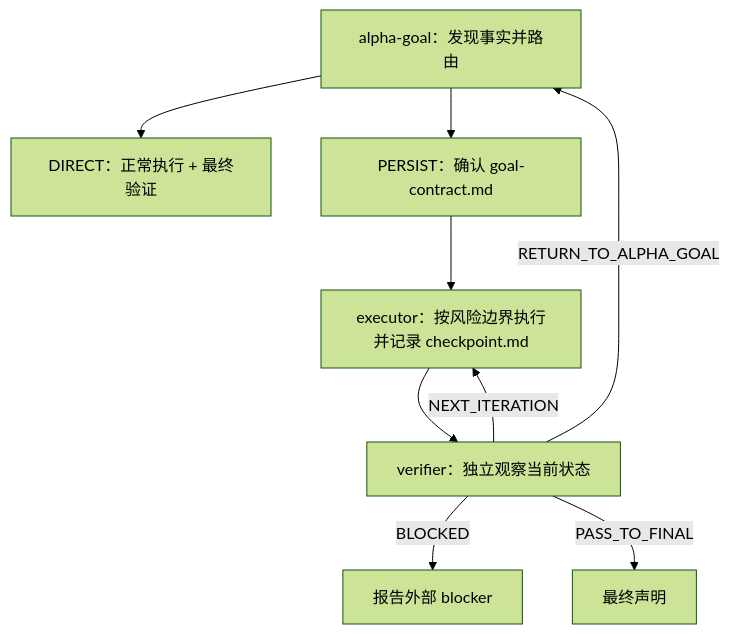
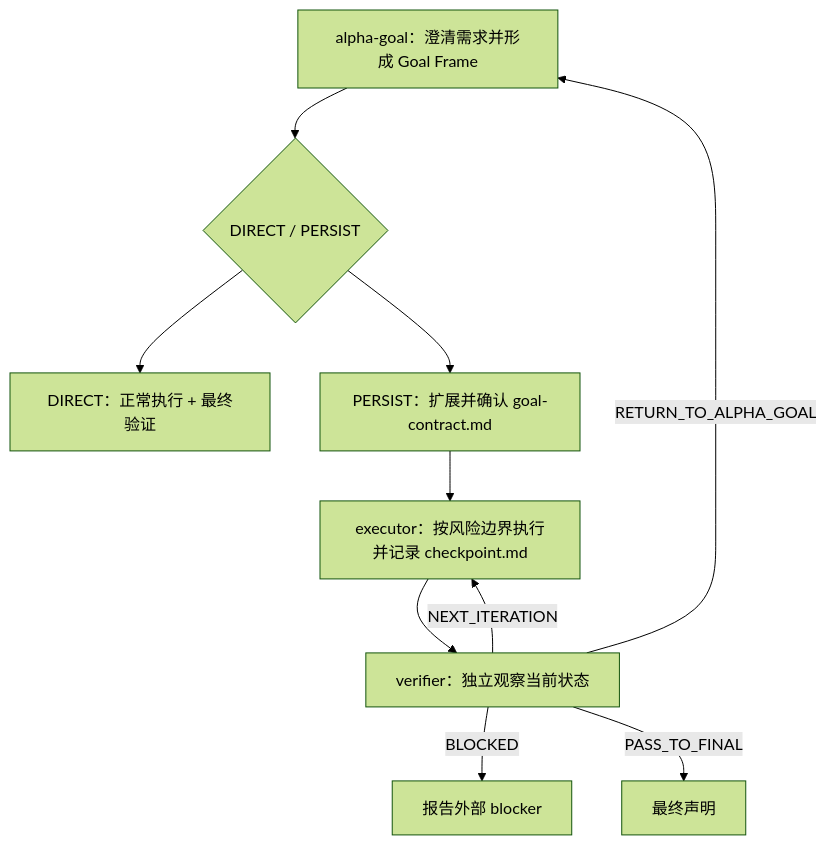
One commit to azhonglee/alpha-goal changed the diagram in README.md. Above: the diagram before and after it, drawn with Mermaid (forest theme). The commit also changed other lines of this file and 7 other files, not shown here.

Commit message:
Restore goal framing as alpha-goal core

````diff
--- a/README.md
+++ b/README.md
@@ -9,11 +9,12 @@
 ```mermaid
 flowchart TD
-  A["alpha-goal：发现事实并路由"] --> D["DIRECT：正常执行 + 最终验证"]
-  A --> P["PERSIST：确认 goal-contract.md"]
+  A["alpha-goal：澄清需求并形成 Goal Frame"] --> R{"DIRECT / PERSIST"}
+  R --> D["DIRECT：正常执行 + 最终验证"]
+  R --> P["PERSIST：扩展并确认 goal-contract.md"]
   P --> E["executor：按风险边界执行并记录 checkpoint.md"]
   E --> V["verifier：独立观察当前状态"]
   V -->|"NEXT_ITERATION"| E
   V -->|"RETURN_TO_ALPHA_GOAL"| A
   V -->|"BLOCKED"| B["报告外部 blocker"]
   V -->|"PASS_TO_FINAL"| F["最终声明"]
 ```
````
